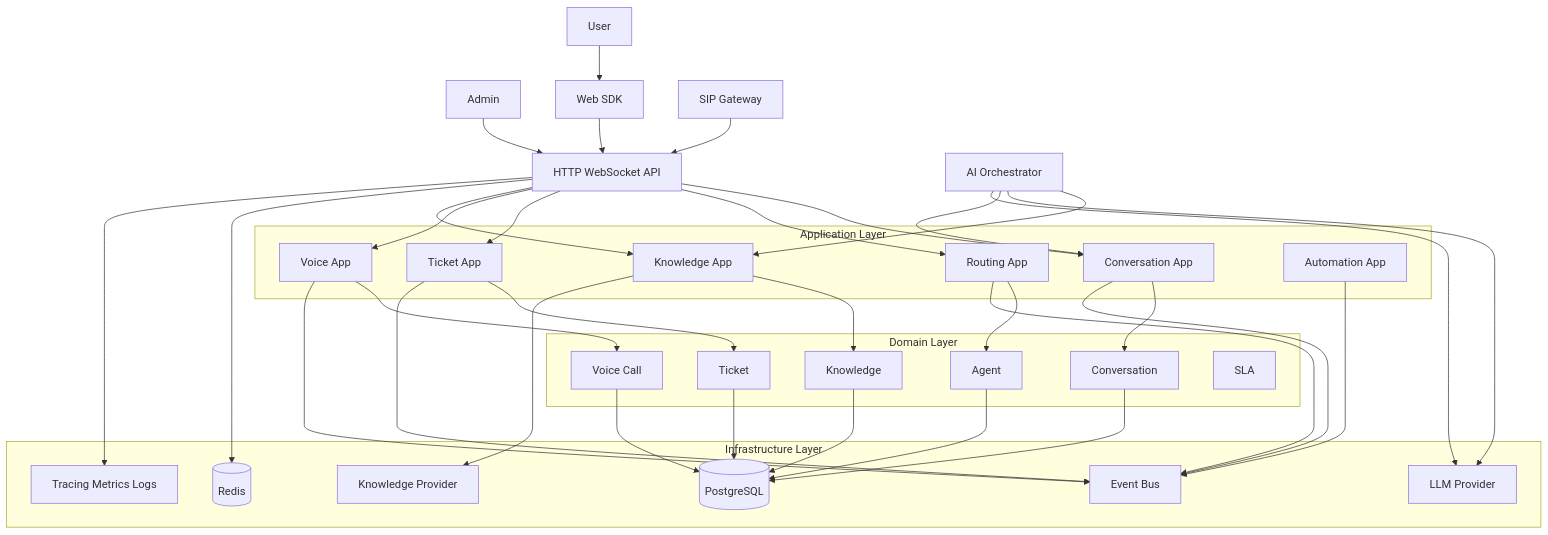
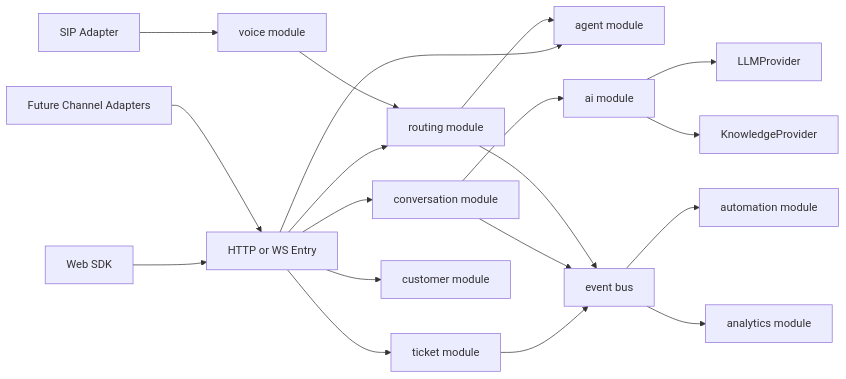
One commit to timebeau/servify changed the first of 4 diagrams in README.md. Above: the diagram before and after it, drawn with Mermaid. The commit also changed other lines of this file and 109 other files, not shown here.

````diff
--- a/README.md
+++ b/README.md
@@ -272,74 +40,21 @@
 ```mermaid
-flowchart TD
-    USER[User]
-    ADMIN[Admin]
-    WEB[Web SDK]
-    API[HTTP WebSocket API]
-    SIP[SIP Gateway]
-    BOT[AI Orchestrator]
-
-    subgraph APP[Application Layer]
-        CONV[Conversation App]
-        ROUTE[Routing App]
-        TICKET[Ticket App]
-        VOICE[Voice App]
-        KNOW[Knowledge App]
-        AUTO[Automation App]
-    end
-
-    subgraph DOMAIN[Domain Layer]
-        D1[Conversation]
-        D2[Agent]
-        D3[Ticket]
-        D4[Voice Call]
-        D5[Knowledge]
-        D6[SLA]
-    end
-
-    subgraph INFRA[Infrastructure Layer]
-        DB[(PostgreSQL)]
-        REDIS[(Redis)]
-        VDB[Knowledge Provider]
-        LLM[LLM Provider]
-        OBS[Tracing Metrics Logs]
-        BUS[Event Bus]
-    end
-
-    USER --> WEB
-    WEB --> API
-    ADMIN --> API
-    SIP --> API
-
-    API --> CONV
-    API --> ROUTE
-    API --> TICKET
-    API --> VOICE
-    API --> KNOW
-
-    BOT --> KNOW
-    BOT --> LLM
-    BOT --> CONV
-
-    CONV --> D1
-    ROUTE --> D2
-    TICKET --> D3
-    VOICE --> D4
-    KNOW --> D5
-
+flowchart LR
+    WEB[Web SDK] --> GIN[HTTP or WS Entry]
+    CHANNEL[Future Channel Adapters] --> GIN
+    SIP[SIP Adapter] --> VOICE[voice module]
+    GIN --> CONV[conversation module]
+    GIN --> ROUTING[routing module]
+    GIN --> TICKET[ticket module]
+    GIN --> AGENT[agent module]
+    GIN --> CUSTOMER[customer module]
+    CONV --> AI[ai module]
+    AI --> LLM[LLMProvider]
+    AI --> KNOW[KnowledgeProvider]
+    ROUTING --> AGENT
+    VOICE --> ROUTING
+    TICKET --> BUS[event bus]
     CONV --> BUS
-    ROUTE --> BUS
-    TICKET --> BUS
-    VOICE --> BUS
-    AUTO --> BUS
-
-    D1 --> DB
-    D2 --> DB
-    D3 --> DB
-    D4 --> DB
-    D5 --> DB
-
-    KNOW --> VDB
-    BOT --> LLM
-    API --> REDIS
-    API --> OBS
+    ROUTING --> BUS
+    BUS --> AUTO[automation module]
+    BUS --> ANALYTICS[analytics module]
 ```
````
